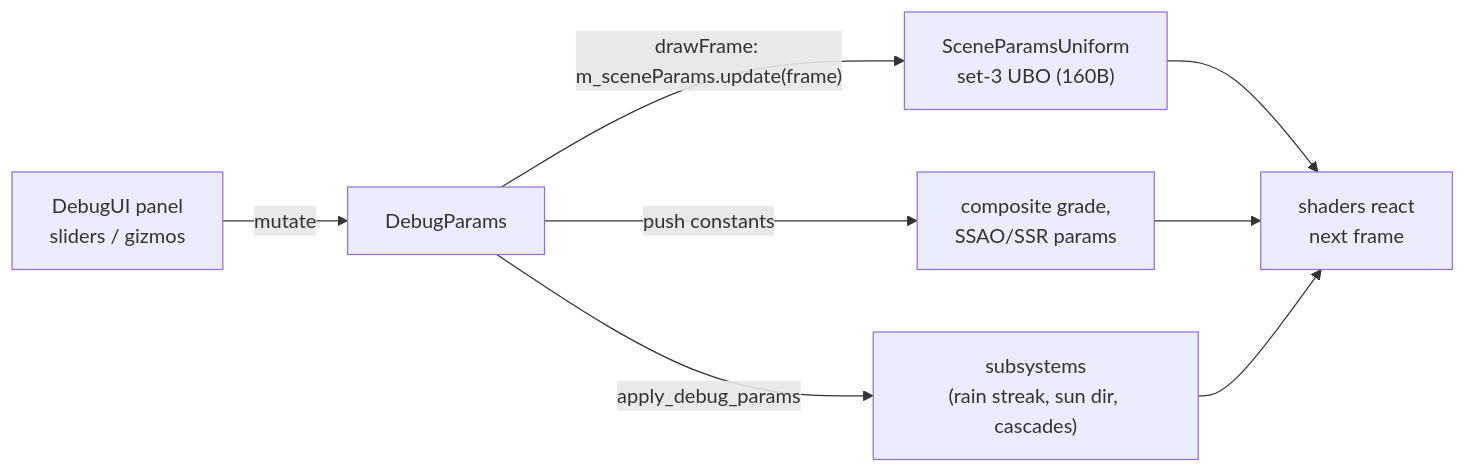
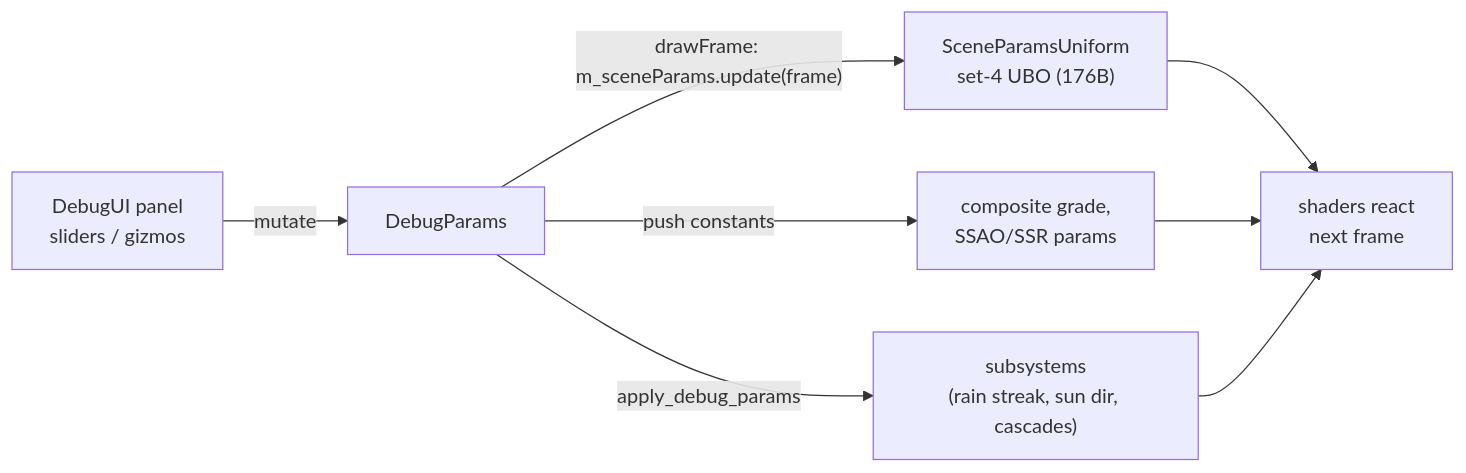
Before and after one commit to dabibhabi/swish: the second of 2 diagrams in docs/debug-ui.md, drawn with Mermaid. The commit also changed other lines of this file and 400 other files, not shown here.

````diff
--- a/docs/debug-ui.md
+++ b/docs/debug-ui.md
@@ -74,10 +88,10 @@
 ```mermaid
 graph LR
   UI["DebugUI panel<br/>sliders / gizmos"] -->|mutate| DP[DebugParams]
-  DP -->|"drawFrame: m_sceneParams.update(frame)"| UBO["SceneParamsUniform<br/>set-3 UBO (160B)"]
+  DP -->|"drawFrame: m_sceneParams.update(frame)"| UBO["SceneParamsUniform<br/>set-4 UBO (176B)"]
   DP -->|"push constants"| PC["composite grade,<br/>SSAO/SSR params"]
   DP -->|"apply_debug_params"| SUB["subsystems<br/>(rain streak, sun dir, cascades)"]
   UBO --> SH["shaders react<br/>next frame"]
   PC --> SH
   SUB --> SH
 ```
````
